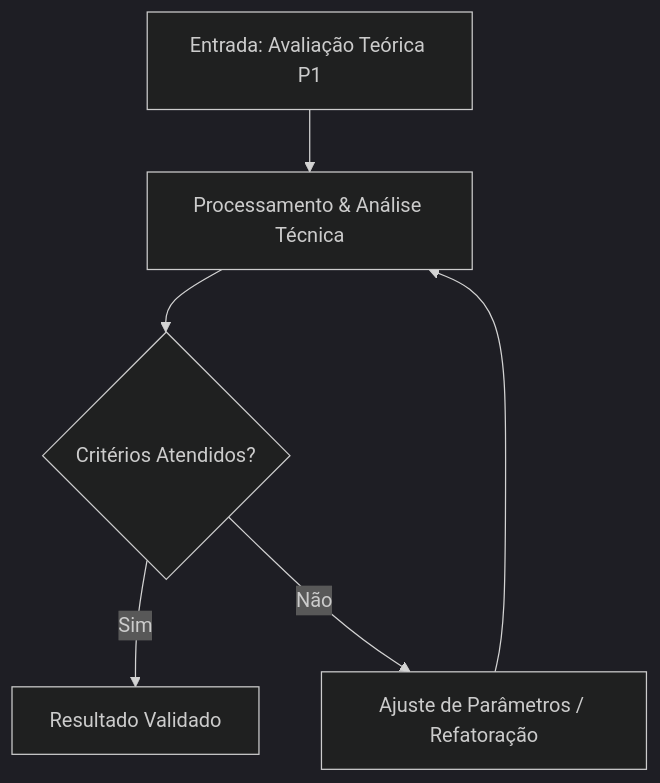
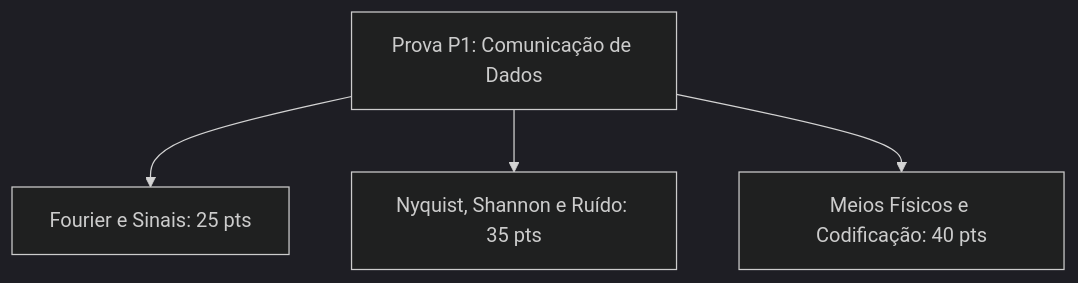
One commit to pedroiff0/page changed the diagram in content/pt-br/resource/Engenharia de Computação/6-periodo/comunicacao-de-dados/anotacoes/aula-07-avaliacao-teorica-p1.md. Above: the diagram before and after it, drawn with Mermaid (dark theme). The commit also changed other lines of this file and 826 other files, not shown here.

````diff
--- a/content/pt-br/resource/Engenharia de Computação/6-periodo/comunicacao-de-dados/anotacoes/aula-07-avaliacao-teorica-p1.md
+++ b/content/pt-br/resource/Engenharia de Computação/6-periodo/comunicacao-de-dados/anotacoes/aula-07-avaliacao-teorica-p1.md
@@ -74,8 +75,6 @@
 ```mermaid
 flowchart TD
-    A[Entrada: Avaliação Teórica P1] --> B[Processamento & Análise Técnica]
-    B --> C{Critérios Atendidos?}
-    C -- Sim --> D[Resultado Validado]
-    C -- Não --> E[Ajuste de Parâmetros / Refatoração]
-    E --> B
+    P1[Prova P1: Comunicação de Dados] --> T1[Fourier e Sinais: 25 pts]
+    P1 --> T2[Nyquist, Shannon e Ruído: 35 pts]
+    P1 --> T3[Meios Físicos e Codificação: 40 pts]
 ```
````
